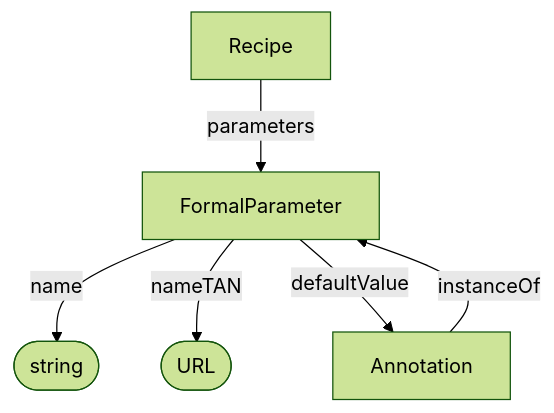
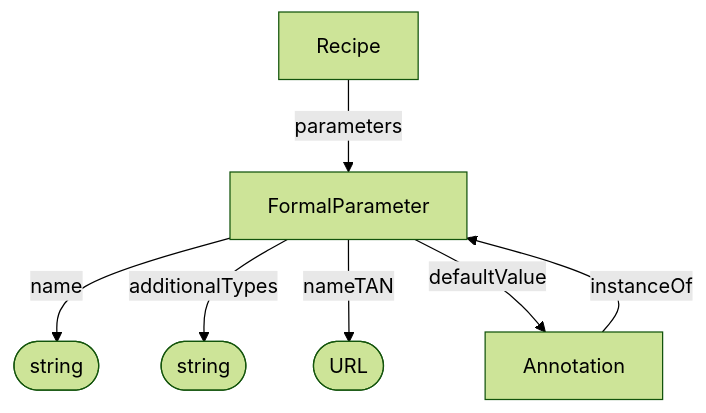
Before and after one commit to HLWeil/ARC-base-model: the diagram in docs/spec/process_provenance/FormalParameter.md, drawn with Mermaid (forest theme). The commit also changed other lines of this file and 25 other files, not shown here.

````diff
--- a/docs/spec/process_provenance/FormalParameter.md
+++ b/docs/spec/process_provenance/FormalParameter.md
@@ -28,12 +29,15 @@
 ```mermaid
 flowchart TD
+
+    additionalTypes@{ shape: stadium, label: "string" }
 
     na@{ shape: stadium, label: "string" }
     nt@{ shape: stadium, label: "URL" }
 
     Recipe --parameters--> FormalParameter
     Annotation --instanceOf--> FormalParameter
     FormalParameter --name--> na
+    FormalParameter --additionalTypes--> additionalTypes
     FormalParameter --nameTAN--> nt
     FormalParameter --defaultValue--> Annotation
 ```
````
